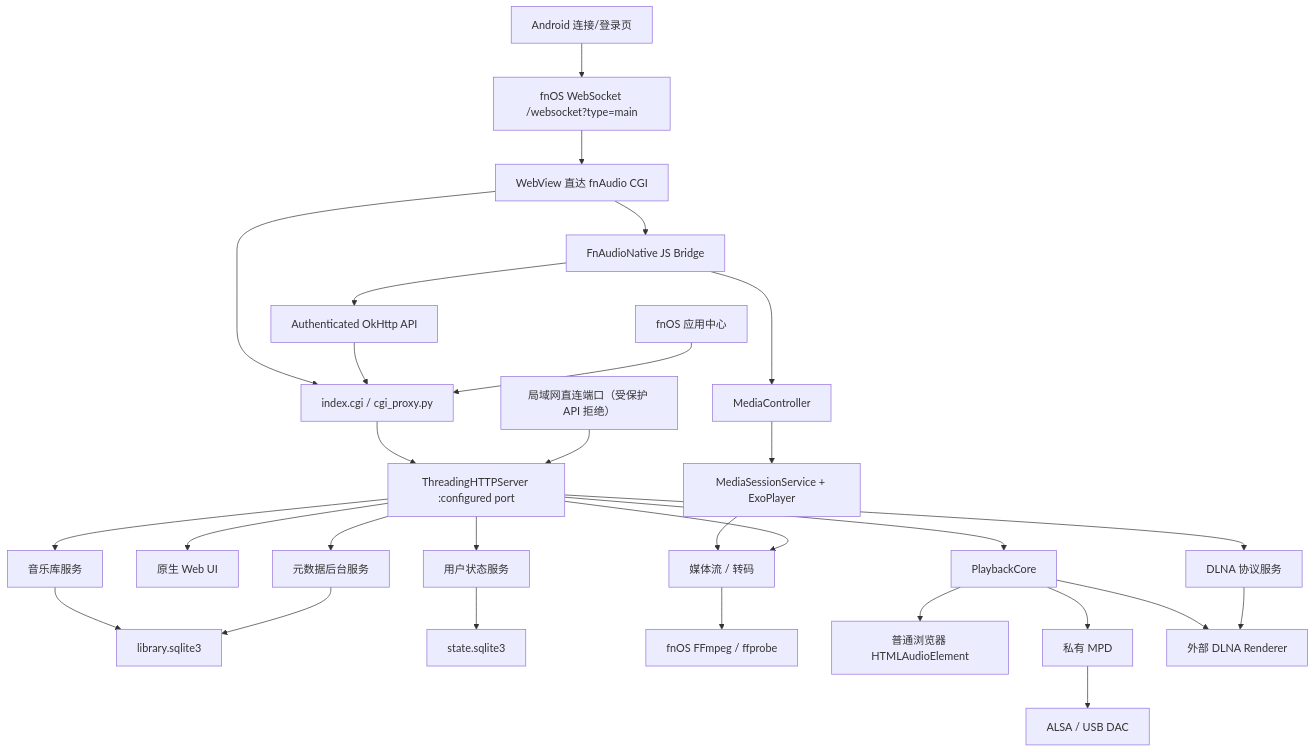
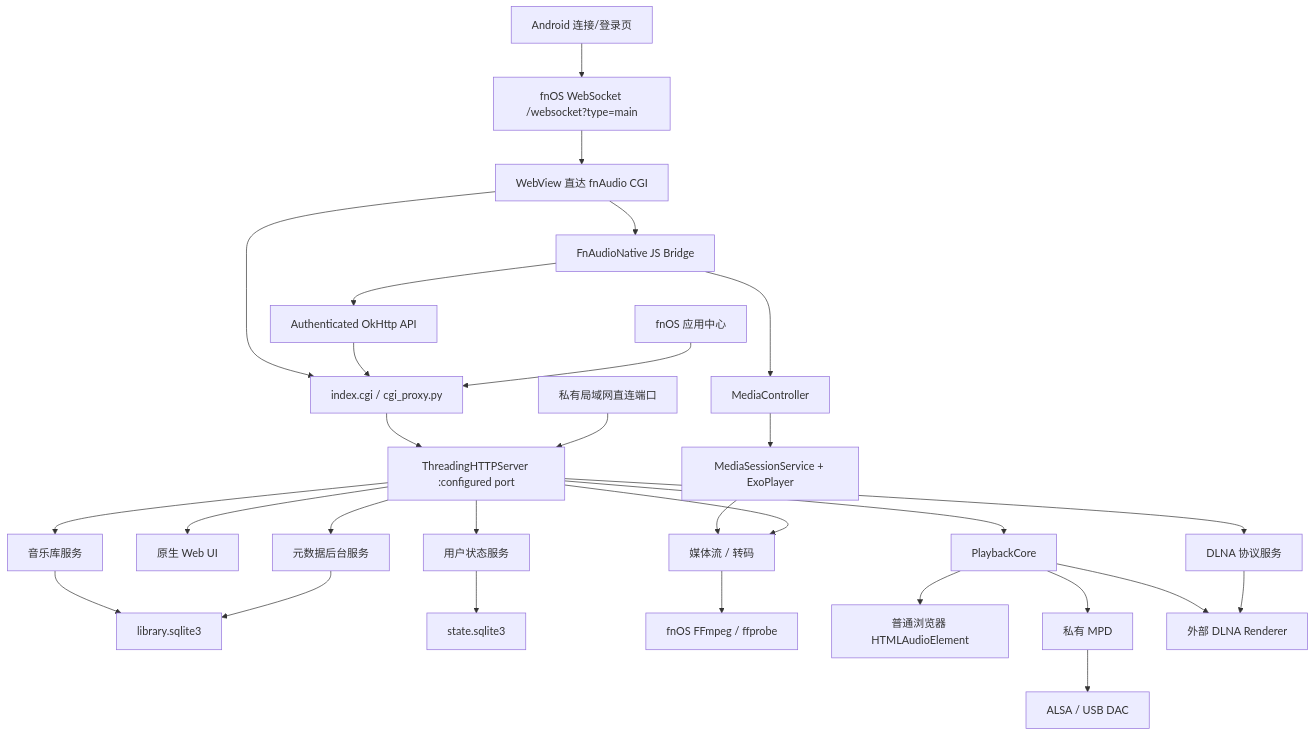
The diagram in ARCHITECTURE.md (vinson023/fnaudio), drawn with Mermaid before and after one commit. The commit also changed other lines of this file and 606 other files, not shown here.

````diff
--- a/ARCHITECTURE.md
+++ b/ARCHITECTURE.md
@@ -21,35 +21,35 @@
 ```mermaid
 flowchart TD
     LOGIN["Android 连接/登录页"] --> WS["fnOS WebSocket /websocket?type=main"]
     WS --> WEBVIEW["WebView 直达 fnAudio CGI"]
     WEBVIEW --> CGI
     WEBVIEW --> BRIDGE["FnAudioNative JS Bridge"]
     BRIDGE --> AUTHHTTP["Authenticated OkHttp API"]
     AUTHHTTP --> CGI
     BRIDGE --> CONTROLLER["MediaController"]
     CONTROLLER --> SERVICE["MediaSessionService + ExoPlayer"]
     SERVICE --> MEDIA
 
     FNOS["fnOS 应用中心"] --> CGI["index.cgi / cgi_proxy.py"]
     CGI --> HTTP["ThreadingHTTPServer :configured port"]
-    DIRECT["局域网直连端口（受保护 API 拒绝）"] --> HTTP
+    DIRECT["私有局域网直连端口"] --> HTTP
 
     HTTP --> UI["原生 Web UI"]
     HTTP --> LIB["音乐库服务"]
     HTTP --> CORE["PlaybackCore"]
     HTTP --> DLNA["DLNA 协议服务"]
     HTTP --> META["元数据后台服务"]
     HTTP --> STATE["用户状态服务"]
     HTTP --> MEDIA["媒体流 / 转码"]
 
     LIB --> DB["library.sqlite3"]
     META --> DB
     STATE --> SDB["state.sqlite3"]
     MEDIA --> FFMPEG["fnOS FFmpeg / ffprobe"]
 
     CORE --> BROWSER["普通浏览器 HTMLAudioElement"]
     CORE --> MPD["私有 MPD"]
     MPD --> ALSA["ALSA / USB DAC"]
     CORE --> EXTERNAL["外部 DLNA Renderer"]
     DLNA --> EXTERNAL
 ```
````
